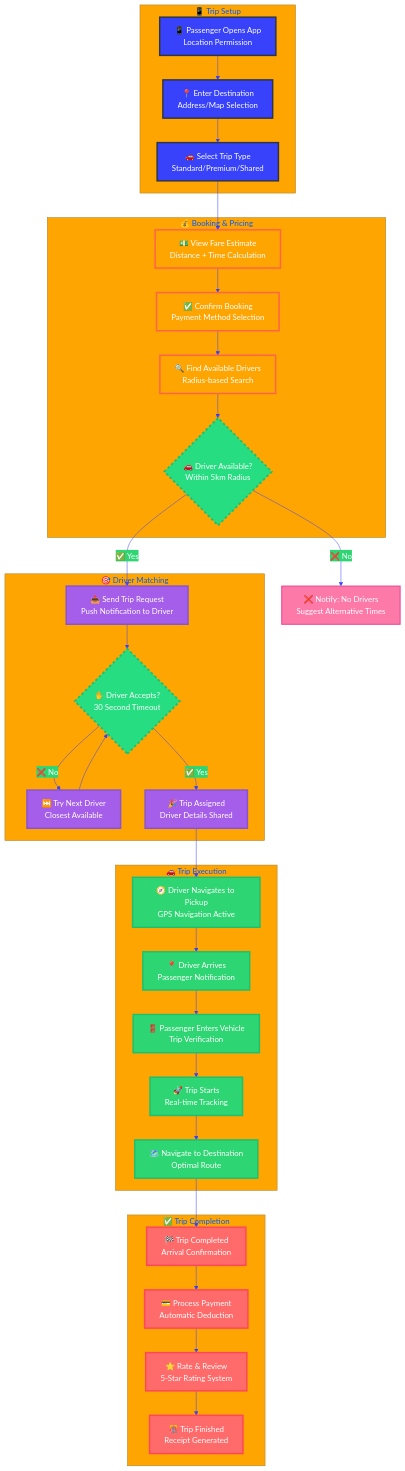
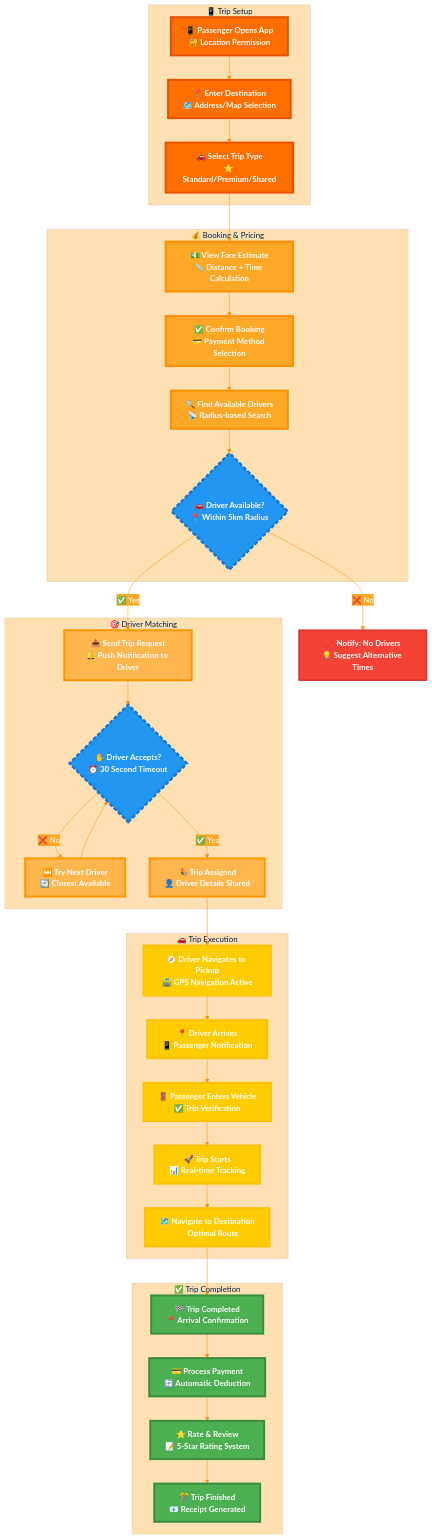
The first of 19 diagrams in docs/BUSINESS_PROCESSES.md (abdoElHodaky/transportapp), drawn with Mermaid before and after one commit. The commit also changed other lines of this file and 1 other file, not shown here.

````diff
--- a/docs/BUSINESS_PROCESSES.md
+++ b/docs/BUSINESS_PROCESSES.md
@@ -21,62 +21,62 @@
 %%{init: {
   'theme': 'base',
   'themeVariables': {
-    'primaryColor': '#ff6b6b',
+    'primaryColor': '#FF6F00',
     'primaryTextColor': '#ffffff',
-    'primaryBorderColor': '#ff4757',
-    'lineColor': '#3742fa',
-    'secondaryColor': '#2ed573',
-    'tertiaryColor': '#ffa502',
-    'background': '#1e1e1e',
-    'mainBkg': '#2f3542',
-    'secondBkg': '#57606f',
-    'tertiaryBkg': '#747d8c'
+    'primaryBorderColor': '#E65100',
+    'lineColor': '#FF8F00',
+    'secondaryColor': '#FFA726',
+    'tertiaryColor': '#FFE0B2',
+    'background': '#ffffff',
+    'mainBkg': '#FF6F00',
+    'secondBkg': '#FFA726',
+    'tertiaryBkg': '#FFE0B2'
   }
 }}%%
 
 flowchart TD
     %% Phase 1: Setup
     subgraph "📱 Trip Setup"
-        A[📱 Passenger Opens App<br/>Location Permission]
-        B[📍 Enter Destination<br/>Address/Map Selection]
-        C[🚗 Select Trip Type<br/>Standard/Premium/Shared]
+        A[📱 Passenger Opens App<br/>🔐 Location Permission]
+        B[📍 Enter Destination<br/>🗺️ Address/Map Selection]
+        C[🚗 Select Trip Type<br/>⭐ Standard/Premium/Shared]
     end
 
     %% Phase 2: Booking
     subgraph "💰 Booking & Pricing"
-        D[💵 View Fare Estimate<br/>Distance + Time Calculation]
-        E[✅ Confirm Booking<br/>Payment Method Selection]
-        F[🔍 Find Available Drivers<br/>Radius-based Search]
-        G{🚗 Driver Available?<br/>Within 5km Radius}
+        D[💵 View Fare Estimate<br/>📏 Distance + Time Calculation]
+        E[✅ Confirm Booking<br/>💳 Payment Method Selection]
+        F[🔍 Find Available Drivers<br/>📡 Radius-based Search]
+        G{🚗 Driver Available?<br/>📍 Within 5km Radius}
     end
 
     %% Phase 3: Matching
     subgraph "🎯 Driver Matching"
-        I[📤 Send Trip Request<br/>Push Notification to Driver]
-        J{✋ Driver Accepts?<br/>30 Second Timeout}
-        K[⏭️ Try Next Driver<br/>Closest Available]
-        L[🎉 Trip Assigned<br/>Driver Details Shared]
+        I[📤 Send Trip Request<br/>🔔 Push Notification to Driver]
+        J{✋ Driver Accepts?<br/>⏰ 30 Second Timeout}
+        K[⏭️ Try Next Driver<br/>🔄 Closest Available]
+        L[🎉 Trip Assigned<br/>👤 Driver Details Shared]
     end
 
     %% Phase 4: Transit
     subgraph "🚗 Trip Execution"
-        M[🧭 Driver Navigates to Pickup<br/>GPS Navigation Active]
-        N[📍 Driver Arrives<br/>Passenger Notification]
-        O[🚪 Passenger Enters Vehicle<br/>Trip Verification]
-        P[🚀 Trip Starts<br/>Real-time Tracking]
-        Q[🗺️ Navigate to Destination<br/>Optimal Route]
+        M[🧭 Driver Navigates to Pickup<br/>🛣️ GPS Navigation Active]
+        N[📍 Driver Arrives<br/>📱 Passenger Notification]
+        O[🚪 Passenger Enters Vehicle<br/>✅ Trip Verification]
+        P[🚀 Trip Starts<br/>📊 Real-time Tracking]
+        Q[🗺️ Navigate to Destination<br/>⚡ Optimal Route]
     end
 
     %% Phase 5: Conclusion
     subgraph "✅ Trip Completion"
-        R[🏁 Trip Completed<br/>Arrival Confirmation]
-        S[💳 Process Payment<br/>Automatic Deduction]
-        T[⭐ Rate & Review<br/>5-Star Rating System]
-        U[🎊 Trip Finished<br/>Receipt Generated]
+        R[🏁 Trip Completed<br/>📍 Arrival Confirmation]
+        S[💳 Process Payment<br/>🔄 Automatic Deduction]
+        T[⭐ Rate & Review<br/>📝 5-Star Rating System]
+        U[🎊 Trip Finished<br/>📧 Receipt Generated]
     end
 
     %% Error Handling
-    H[❌ Notify: No Drivers<br/>Suggest Alternative Times]
+    H[❌ Notify: No Drivers<br/>💡 Suggest Alternative Times]
 
     %% Connections
     A --> B --> C --> D --> E --> F --> G
@@ -86,20 +86,20 @@
     J -->|❌ No| K --> J
     J -->|✅ Yes| L --> M --> N --> O --> P --> Q --> R --> S --> T --> U
 
-    %% Styling
-    classDef setupStyle fill:#3742fa,stroke:#2f3542,stroke-width:3px,color:#fff
-    classDef bookingStyle fill:#ffa502,stroke:#ff6348,stroke-width:3px,color:#fff
-    classDef matchingStyle fill:#a55eea,stroke:#8854d0,stroke-width:3px,color:#fff
-    classDef transitStyle fill:#2ed573,stroke:#20bf6b,stroke-width:3px,color:#fff
-    classDef finishStyle fill:#ff6b6b,stroke:#ff4757,stroke-width:3px,color:#fff
-    classDef decisionStyle fill:#26de81,stroke:#20bf6b,stroke-width:4px,color:#fff,stroke-dasharray: 5 5
-    classDef errorStyle fill:#fd79a8,stroke:#e84393,stroke-width:2px,color:#fff
+    %% Eye-catching Business Process Styling
+    classDef setupPhase fill:#FF6F00,stroke:#E65100,stroke-width:4px,color:#ffffff,font-weight:bold
+    classDef bookingPhase fill:#FFA726,stroke:#FF8F00,stroke-width:4px,color:#ffffff,font-weight:bold
+    classDef matchingPhase fill:#FFB74D,stroke:#FF9800,stroke-width:4px,color:#ffffff,font-weight:bold
+    classDef transitPhase fill:#FFCC02,stroke:#FFC107,stroke-width:4px,color:#ffffff,font-weight:bold
+    classDef completionPhase fill:#4CAF50,stroke:#388E3C,stroke-width:4px,color:#ffffff,font-weight:bold
+    classDef decisionNode fill:#2196F3,stroke:#1976D2,stroke-width:5px,color:#ffffff,font-weight:bold,stroke-dasharray: 8 4
+    classDef errorNode fill:#F44336,stroke:#D32F2F,stroke-width:3px,color:#ffffff,font-weight:bold
 
-    class A,B,C setupStyle
-    class D,E,F bookingStyle
-    class I,K,L matchingStyle
-    class M,N,O,P,Q transitStyle
-    class R,S,T,U finishStyle
-    class G,J decisionStyle
-    class H errorStyle
+    class A,B,C setupPhase
+    class D,E,F bookingPhase
+    class I,K,L matchingPhase
+    class M,N,O,P,Q transitPhase
+    class R,S,T,U completionPhase
+    class G,J decisionNode
+    class H errorNode
 ```
````
